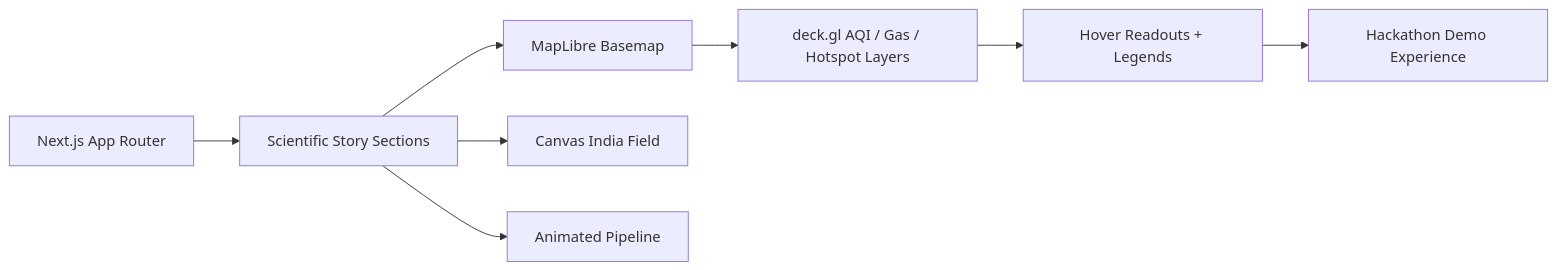
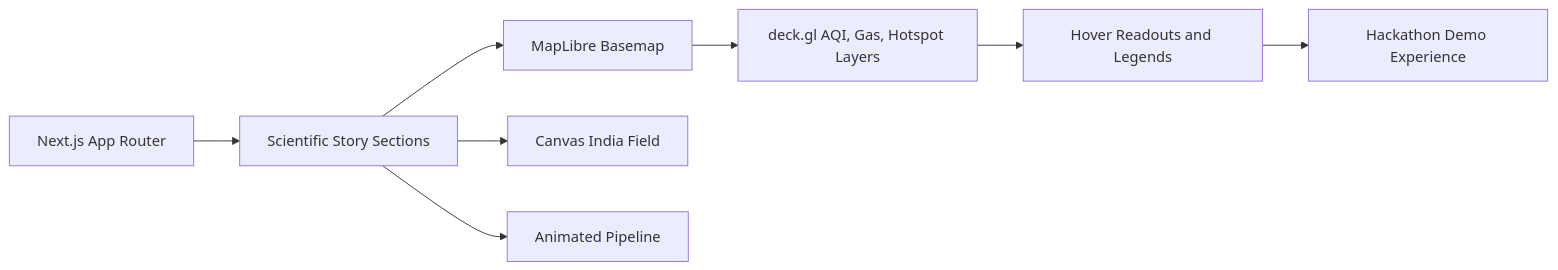
One commit to aksh08022006/vayu-aqi-hcho changed the third of 3 diagrams in README.md. Above: the diagram before and after it, drawn with Mermaid. The commit also changed other lines of this file, not shown here.

Commit message:
Fix README Mermaid rendering

````diff
--- a/README.md
+++ b/README.md
@@ -151,10 +151,10 @@
 ```mermaid
 flowchart LR
-    A[Next.js App Router] --> B[Scientific Story Sections]
-    B --> C[MapLibre Basemap]
-    C --> D[deck.gl AQI / Gas / Hotspot Layers]
-    D --> E[Hover Readouts + Legends]
-    B --> F[Canvas India Field]
-    B --> G[Animated Pipeline]
-    E --> H[Hackathon Demo Experience]
+    A["Next.js App Router"] --> B["Scientific Story Sections"]
+    B --> C["MapLibre Basemap"]
+    C --> D["deck.gl AQI, Gas, Hotspot Layers"]
+    D --> E["Hover Readouts and Legends"]
+    B --> F["Canvas India Field"]
+    B --> G["Animated Pipeline"]
+    E --> H["Hackathon Demo Experience"]
 ```
````
